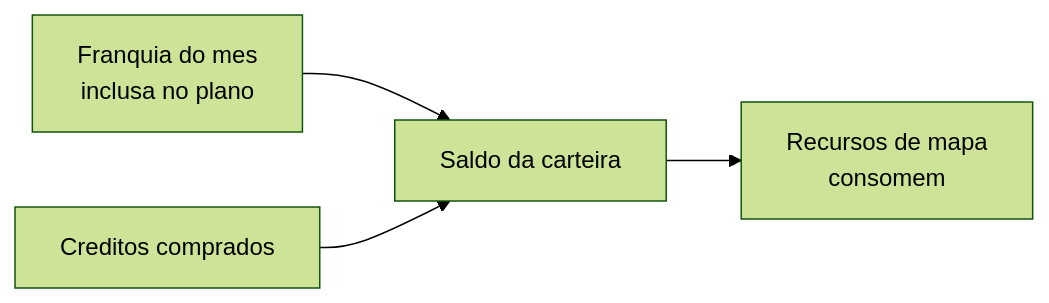
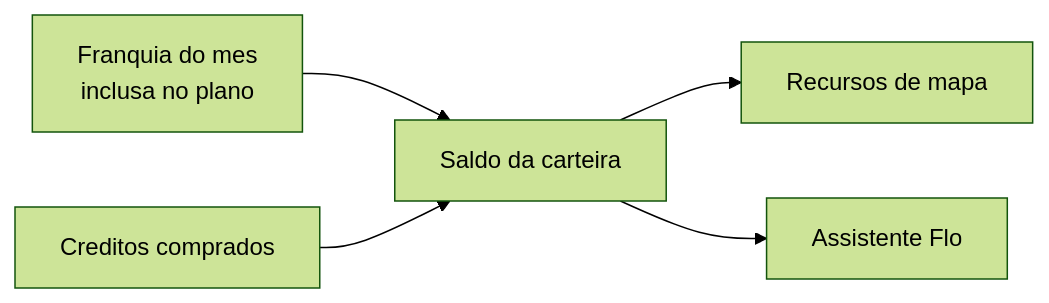
Before and after one commit to LocFlowTeam/locflow-docs: the diagram in configuracoes/assinatura-e-creditos.md, drawn with Mermaid (forest theme). The commit also changed other lines of this file and 4 other files, not shown here.

First line of the commit message:
docs(flo): a central de ajuda passa a refletir o assistente que o usuário realmente encontra

````diff
--- a/configuracoes/assinatura-e-creditos.md
+++ b/configuracoes/assinatura-e-creditos.md
@@ -91,6 +91,7 @@
 ```mermaid
 flowchart LR
     F[Franquia do mes<br/>inclusa no plano] --> S[Saldo da carteira]
     C[Creditos comprados] --> S
-    S --> U[Recursos de mapa<br/>consomem]
+    S --> M[Recursos de mapa]
+    S --> I[Assistente Flo]
 ```
````
